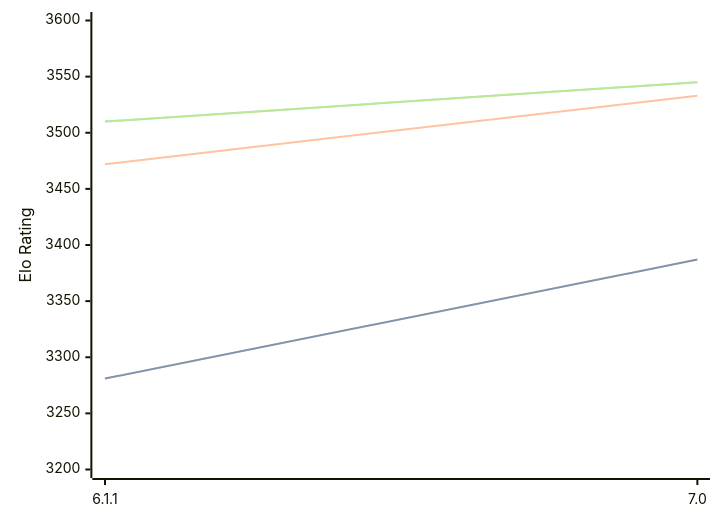
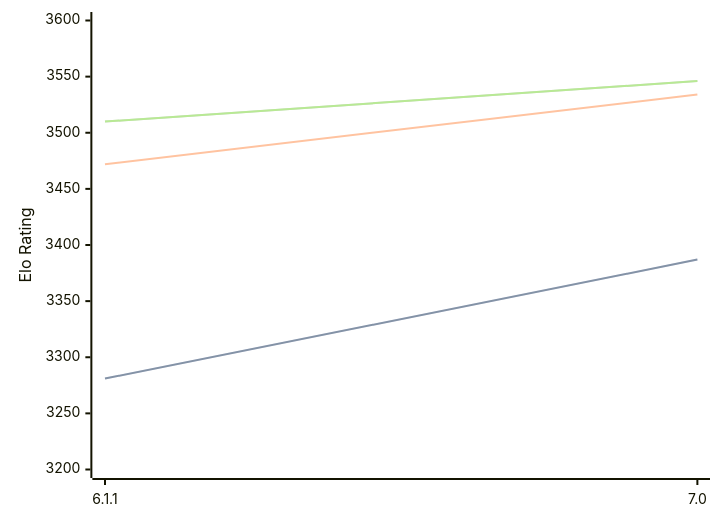
One commit to computer-chess-index/cci changed the diagram in engines/Astra.md. Above: the diagram before and after it, drawn with Mermaid. The commit also changed other lines of this file, not shown here.

Commit message:
Update CCI Ratings (ELO VLTC) - 2026-08-23

````diff
--- a/engines/Astra.md
+++ b/engines/Astra.md
@@ -32,11 +32,11 @@
 ```mermaid
 %%{init: {"theme":"base","themeVariables":{"seriesColors:['#a3a3a3','#222221','#faa371']}}}%%
 xychart-beta
   x-axis ["6.1.1", "7.0"]
   y-axis "Elo Rating" 3200 --> 3600
   line "STC (8.0+0.08s)" [3281, 3387]
   line "STC (8.0+0.08s)" [3281, 3387]
-  line "LTC (60.0+0.60s)" [3472, 3533]
-  line "VLTC (2m24s+1.12s)" [3510, 3545]
-  line "VLTC (2m24s+1.12s)" [3510, 3545]
+  line "LTC (60.0+0.60s)" [3472, 3534]
+  line "VLTC (2m24s+1.12s)" [3510, 3546]
+  line "VLTC (2m24s+1.12s)" [3510, 3546]
 ```
````
